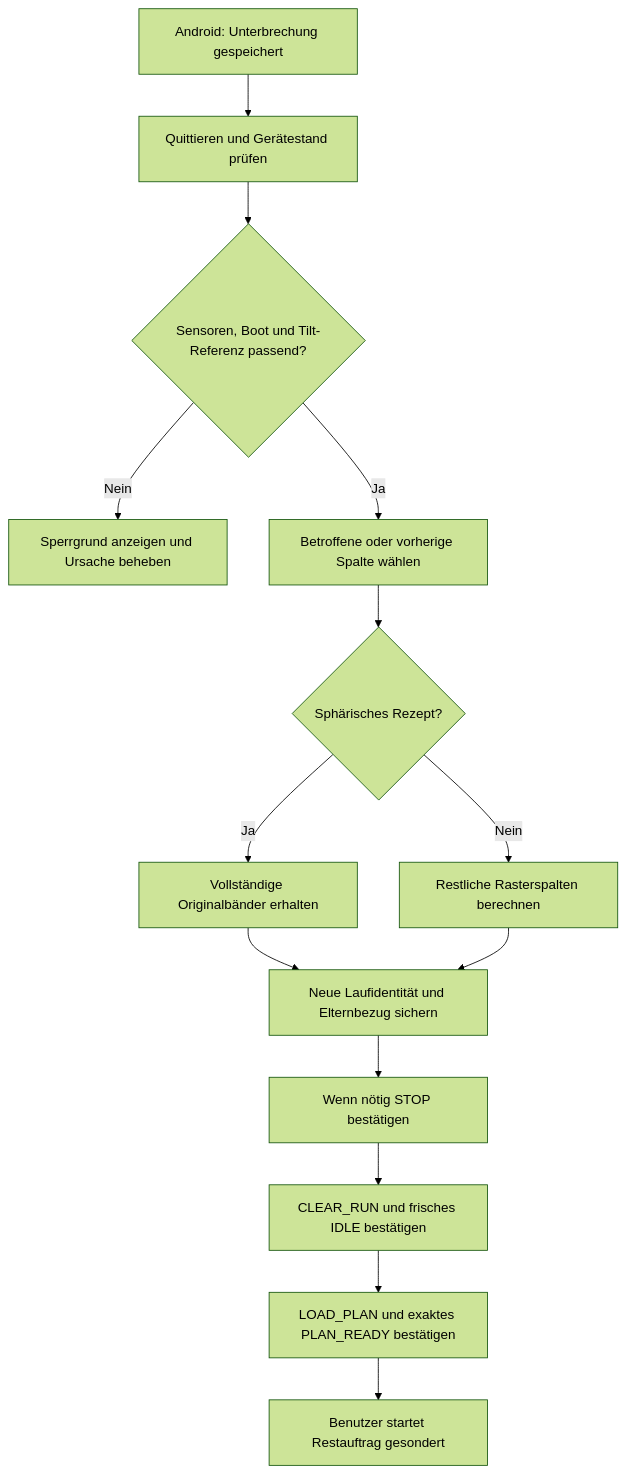
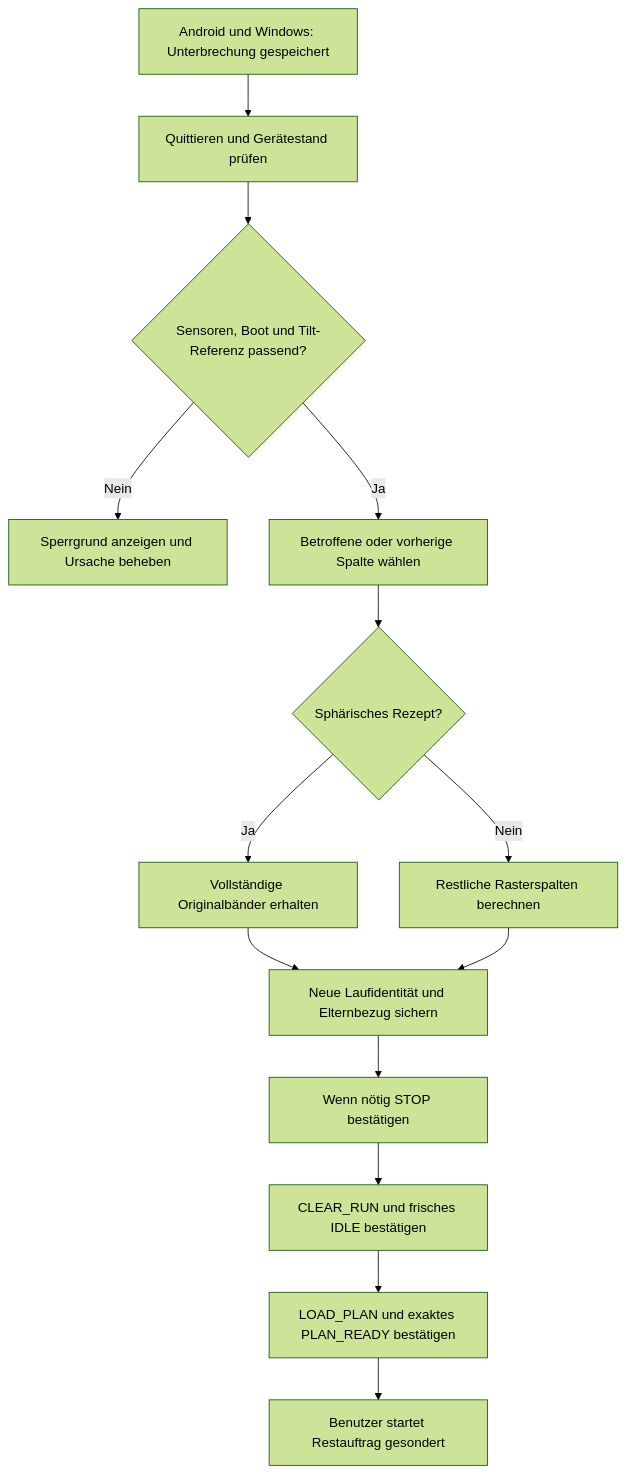
The third of 3 diagrams in docs/02-bedienung-und-acquise.md (TomNaiser/PanoramaSoftware), drawn with Mermaid (forest theme) before and after one commit. The commit also changed other lines of this file and 21 other files, not shown here.

````diff
--- a/docs/02-bedienung-und-acquise.md
+++ b/docs/02-bedienung-und-acquise.md
@@ -72,16 +72,16 @@
 ```mermaid
 flowchart TD
-    F[Android: Unterbrechung gespeichert] --> A[Quittieren und Gerätestand prüfen]
+    F[Android und Windows: Unterbrechung gespeichert] --> A[Quittieren und Gerätestand prüfen]
     A --> B{Sensoren, Boot und Tilt-Referenz passend?}
     B -->|Nein| X[Sperrgrund anzeigen und Ursache beheben]
     B -->|Ja| C[Betroffene oder vorherige Spalte wählen]
     C --> S{Sphärisches Rezept?}
     S -->|Ja| SB[Vollständige Originalbänder erhalten]
     S -->|Nein| RB[Restliche Rasterspalten berechnen]
     SB --> L[Neue Laufidentität und Elternbezug sichern]
     RB --> L
     L --> P[Wenn nötig STOP bestätigen]
     P --> CL[CLEAR_RUN und frisches IDLE bestätigen]
     CL --> LP[LOAD_PLAN und exaktes PLAN_READY bestätigen]
     LP --> ST[Benutzer startet Restauftrag gesondert]
 ```
````
